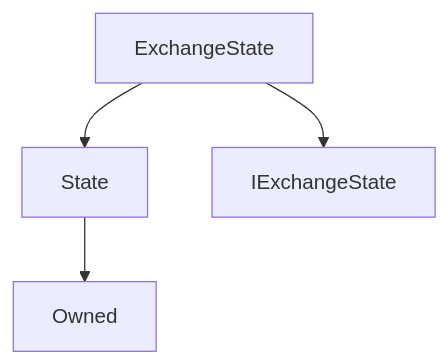
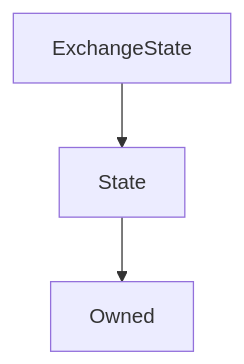
The diagram in content/contracts/ExchangeState.md (Synthetixio/synthetix-docs), drawn with Mermaid before and after one commit. The commit also changed 46 other files, not shown here.

````diff
--- a/content/contracts/ExchangeState.md
+++ b/content/contracts/ExchangeState.md
@@ -9,6 +9,5 @@
 ```mermaid
 graph TD
     ExchangeState[ExchangeState] --> State[State]
-    ExchangeState[ExchangeState] --> IExchangeState[IExchangeState]
     State[State] --> Owned[Owned]
 ```
````
